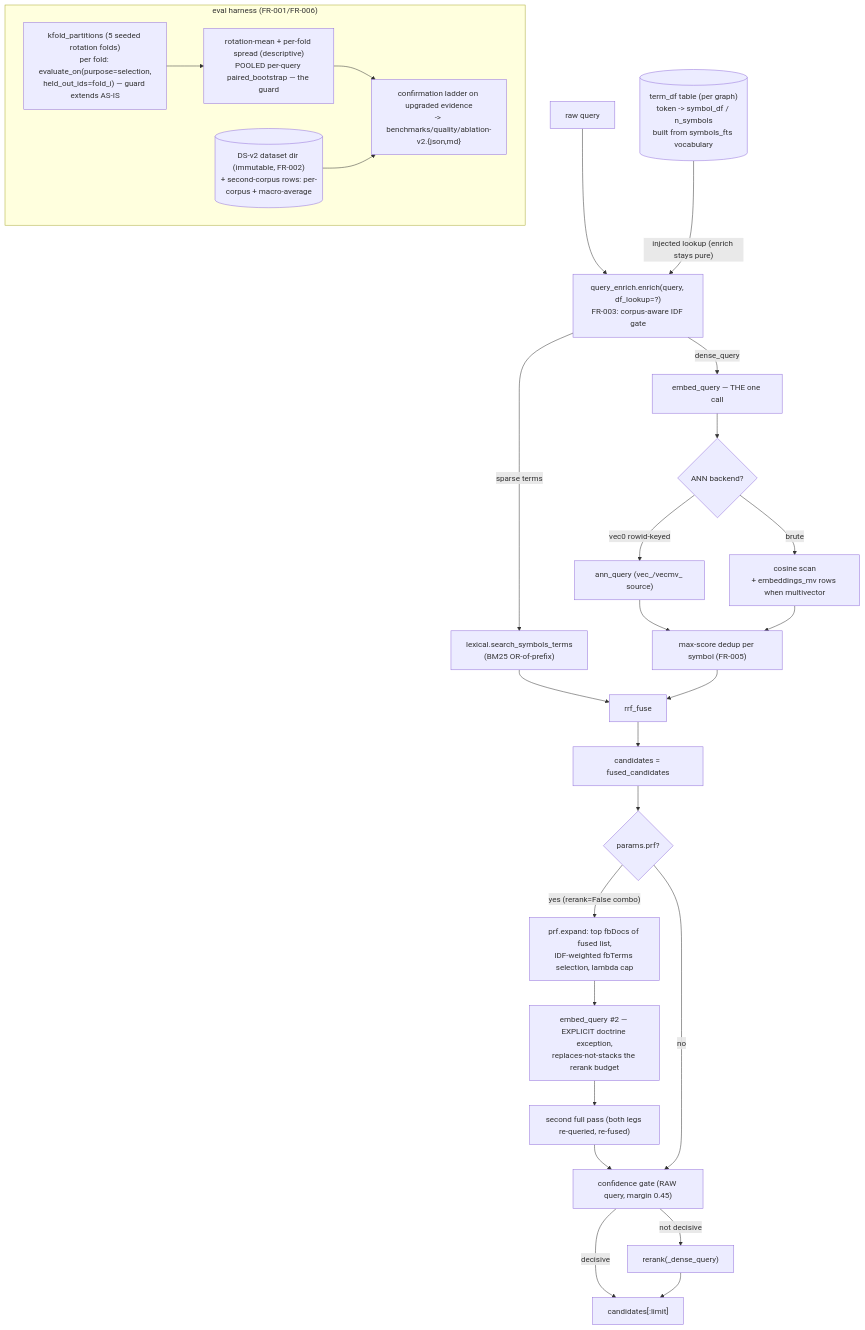
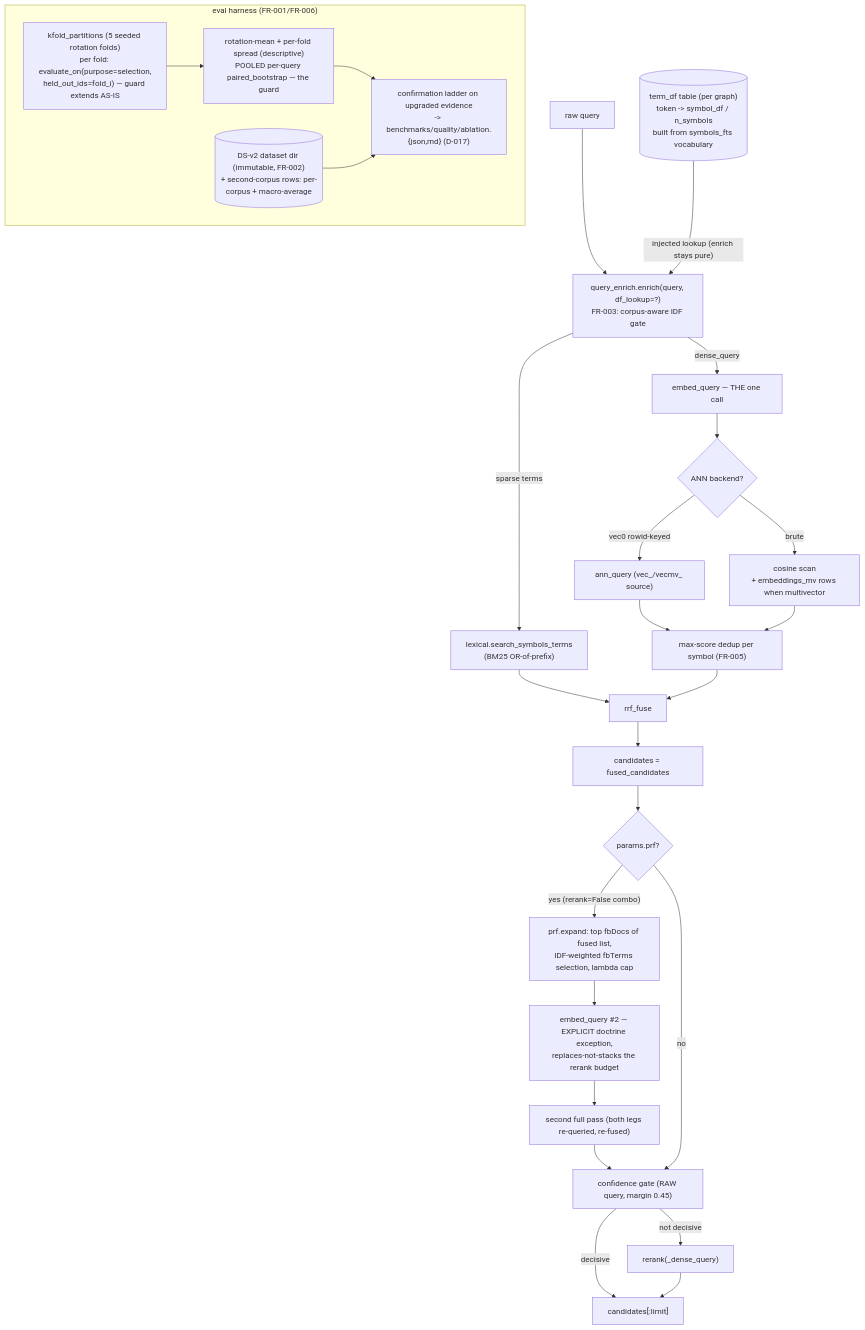
The diagram in specs/retrieval-quality-v2/tech-spec.md (tanlnm512/cairn), drawn with Mermaid before and after one commit. The commit also changed other lines of this file and 7 other files, not shown here.

````diff
--- a/specs/retrieval-quality-v2/tech-spec.md
+++ b/specs/retrieval-quality-v2/tech-spec.md
@@ -20,32 +20,32 @@
 ```mermaid
 flowchart TD
     Q["raw query"] --> ENR["query_enrich.enrich(query, df_lookup=?)<br/>FR-003: corpus-aware IDF gate"]
     DF[("term_df table (per graph)<br/>token -> symbol_df / n_symbols<br/>built from symbols_fts vocabulary")]
     DF -- "injected lookup (enrich stays pure)" --> ENR
     ENR -- "dense_query" --> EQ1["embed_query — THE one call"]
     ENR -- "sparse terms" --> BM25["lexical.search_symbols_terms<br/>(BM25 OR-of-prefix)"]
     EQ1 --> LEGS{"ANN backend?"}
     LEGS -- "vec0 rowid-keyed" --> ANNQ["ann_query (vec_/vecmv_ source)"]
     LEGS -- "brute" --> BRUTE["cosine scan<br/>+ embeddings_mv rows when multivector"]
     ANNQ --> MAX["max-score dedup per symbol (FR-005)"]
     BRUTE --> MAX
     BM25 --> RRF["rrf_fuse"]
     MAX --> RRF
     RRF --> FUSED["candidates = fused_candidates"]
     FUSED --> PRF{"params.prf?"}
     PRF -- "yes (rerank=False combo)" --> EXP["prf.expand: top fbDocs of fused list,<br/>IDF-weighted fbTerms selection, lambda cap"]
     EXP --> EQ2["embed_query #2 — EXPLICIT doctrine exception,<br/>replaces-not-stacks the rerank budget"]
     EQ2 --> PASS2["second full pass (both legs re-queried, re-fused)"]
     PASS2 --> GATE
     PRF -- "no" --> GATE["confidence gate (RAW query, margin 0.45)"]
     GATE -- "not decisive" --> RERK["rerank(_dense_query)"]
     GATE -- "decisive" --> SLICE["candidates[:limit]"]
     RERK --> SLICE
 
     subgraph HARNESS["eval harness (FR-001/FR-006)"]
         KF["kfold_partitions (5 seeded rotation folds)<br/>per fold: evaluate_on(purpose=selection,<br/>held_out_ids=fold_i) — guard extends AS-IS"] --> AGG["rotation-mean + per-fold spread (descriptive)<br/>POOLED per-query paired_bootstrap — the guard"]
         DS2[("DS-v2 dataset dir (immutable, FR-002)<br/>+ second-corpus rows: per-corpus + macro-average")]
-        AGG --> LADDER["confirmation ladder on upgraded evidence<br/>-> benchmarks/quality/ablation-v2.{json,md}"]
+        AGG --> LADDER["confirmation ladder on upgraded evidence<br/>-> benchmarks/quality/ablation.{json,md} (D-017)"]
         DS2 --> LADDER
     end
 ```
````
